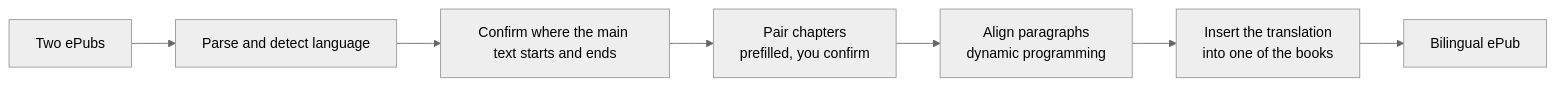
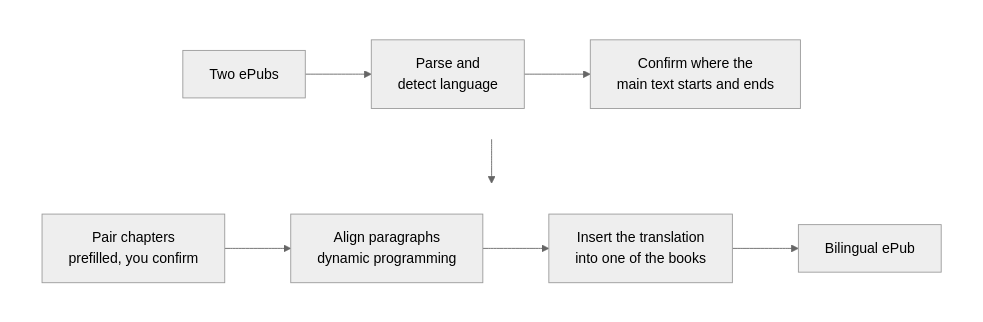
The diagram in README.md (Ashx-xhsA/EpubMerger), drawn with Mermaid (neutral theme) before and after one commit. The commit also changed other lines of this file, not shown here.

Commit message:
Show the two layouts side by side and split the flowchart into two rows

````diff
--- a/README.md
+++ b/README.md
@@ -35,9 +36,14 @@
 ```mermaid
-flowchart LR
-  A[Two ePubs] --> B[Parse and detect language]
-  B --> C[Confirm where the main text starts and ends]
-  C --> D[Pair chapters<br/>prefilled, you confirm]
-  D --> E[Align paragraphs<br/>dynamic programming]
-  E --> F[Insert the translation<br/>into one of the books]
-  F --> G[Bilingual ePub]
+flowchart TB
+  subgraph row1 [" "]
+    direction LR
+    A[Two ePubs] --> B[Parse and<br/>detect language] --> C[Confirm where the<br/>main text starts and ends]
+  end
+  subgraph row2 [" "]
+    direction LR
+    D[Pair chapters<br/>prefilled, you confirm] --> E[Align paragraphs<br/>dynamic programming] --> F[Insert the translation<br/>into one of the books] --> G[Bilingual ePub]
+  end
+  row1 --> row2
+  style row1 fill:none,stroke:none
+  style row2 fill:none,stroke:none
 ```
````
